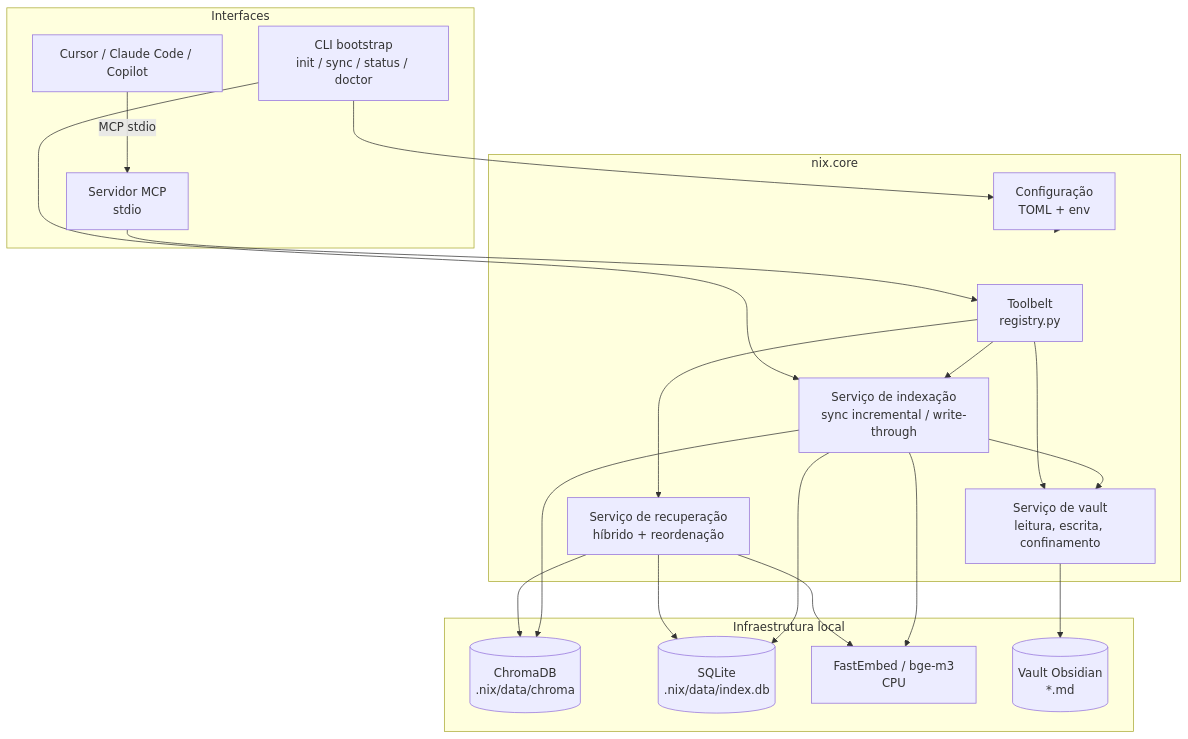
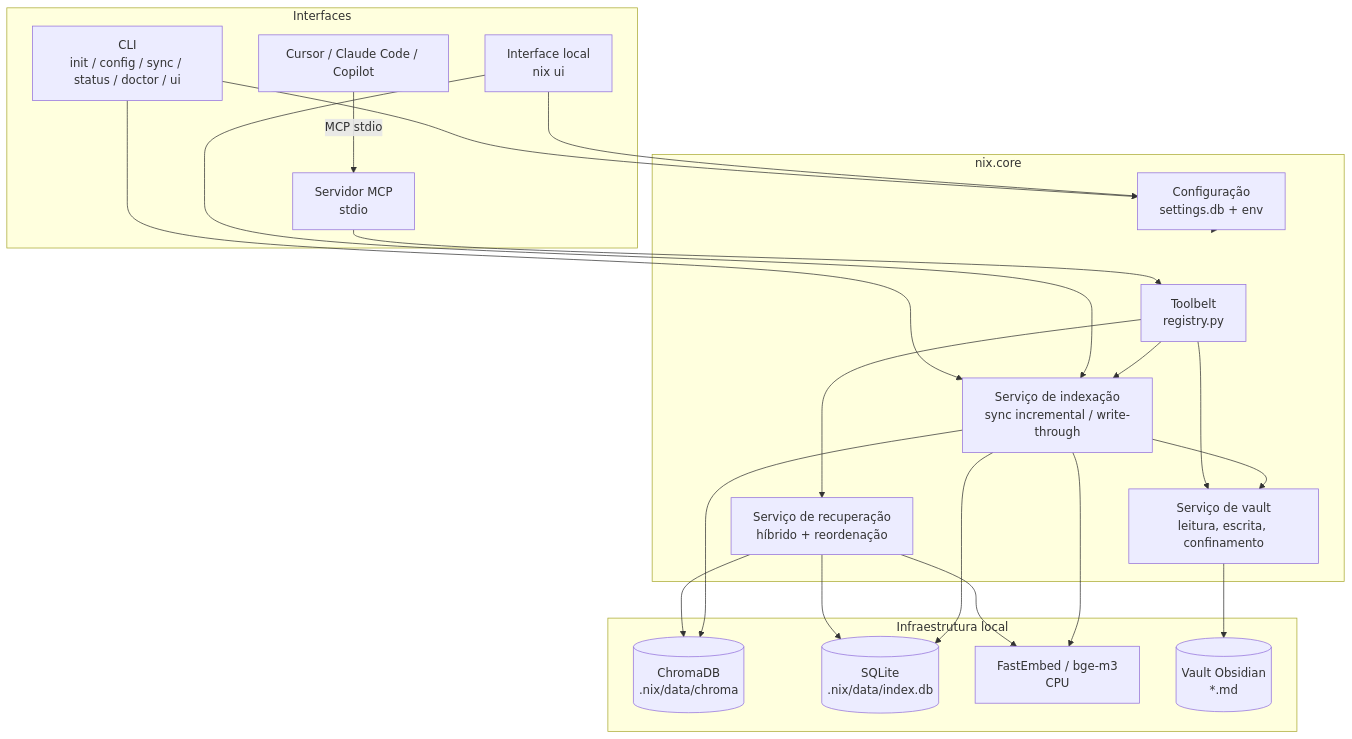
Before and after one commit to paulocesaaars/nix: the first of 4 diagrams in TDD.md, drawn with Mermaid. The commit also changed other lines of this file and 3 other files, not shown here.

First line of the commit message:
docs: document settings.db, nix config, nix ui and new MCP tools

````diff
--- a/TDD.md
+++ b/TDD.md
@@ -39,40 +40,43 @@
 ```mermaid
 graph TB
     subgraph Interfaces
         Client["Cursor / Claude Code / Copilot"]
-        CLI["CLI bootstrap<br/>init / sync / status / doctor"]
+        CLI["CLI<br/>init / config / sync / status / doctor / ui"]
+        UI["Interface local<br/>nix ui"]
         MCP["Servidor MCP<br/>stdio"]
     end
 
     subgraph Core["nix.core"]
         TOOLS["Toolbelt<br/>registry.py"]
         RAG["Serviço de recuperação<br/>híbrido + reordenação"]
         IDX["Serviço de indexação<br/>sync incremental / write-through"]
         VAULT["Serviço de vault<br/>leitura, escrita, confinamento"]
-        CFG["Configuração<br/>TOML + env"]
+        CFG["Configuração<br/>settings.db + env"]
     end
 
     subgraph Infra["Infraestrutura local"]
         CHROMA[("ChromaDB<br/>.nix/data/chroma")]
         SQLITE[("SQLite<br/>.nix/data/index.db")]
         EMB["FastEmbed / bge-m3<br/>CPU"]
         FS[("Vault Obsidian<br/>*.md")]
     end
 
     Client -->|"MCP stdio"| MCP
     CLI --> CFG
     CLI --> IDX
+    UI --> CFG
+    UI --> IDX
     MCP --> TOOLS
     TOOLS --> RAG
     TOOLS --> VAULT
     TOOLS --> IDX
     RAG --> CHROMA
     RAG --> SQLITE
     RAG --> EMB
     IDX --> CHROMA
     IDX --> SQLITE
     IDX --> EMB
     IDX --> VAULT
     VAULT --> FS
     CFG -.-> Core
 ```
````
